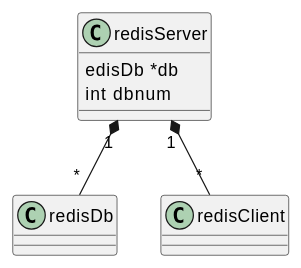
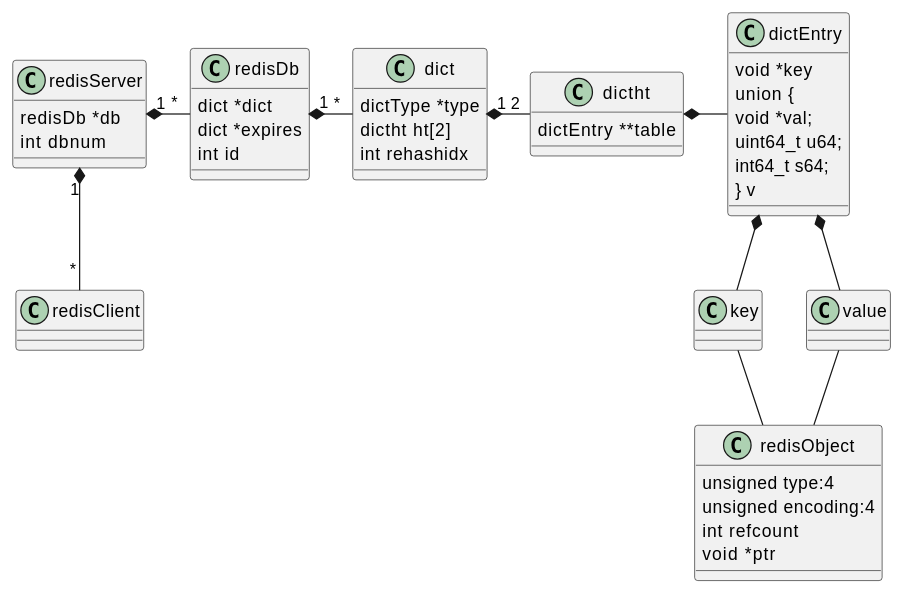
The diagram in docs/30-distributed/src/redis/redis3.0/redis.md (onlyonion/development), drawn with PlantUML before and after one commit. The commit also changed other lines of this file and 23 other files, not shown here.

````diff
--- a/docs/30-distributed/src/redis/redis3.0/redis.md
+++ b/docs/30-distributed/src/redis/redis3.0/redis.md
@@ -6,17 +6,54 @@
 ```plantuml
 @startuml
 
-
 class redisServer {
-    edisDb *db
+    redisDb *db
     int dbnum
 }
 
-class redisDb
+class redisDb {
+    dict *dict
+    dict *expires
+    int id
+}
+
 class redisClient
 
-redisServer "1" *-- "*" redisDb
+class dict {
+    dictType *type
+    dictht ht[2]
+    int rehashidx
+}
+
+class dictht {
+    dictEntry **table
+}
+
+class dictEntry {
+    void *key
+    union {
+        void *val;
+        uint64_t u64;
+        int64_t s64;
+    } v
+}
+
+redisServer "1" *- "*" redisDb
 redisServer "1" *-- "*" redisClient
+redisDb "1" *- "*" dict
+dict "1" *- "2" dictht
+dictht *- dictEntry
+dictEntry *-- key
+dictEntry *-- value
+
+class redisObject {
+    unsigned type:4
+    unsigned encoding:4
+    int refcount
+    void *ptr
+}
+key -- redisObject
+value -- redisObject
 
 @enduml
 ```
````
